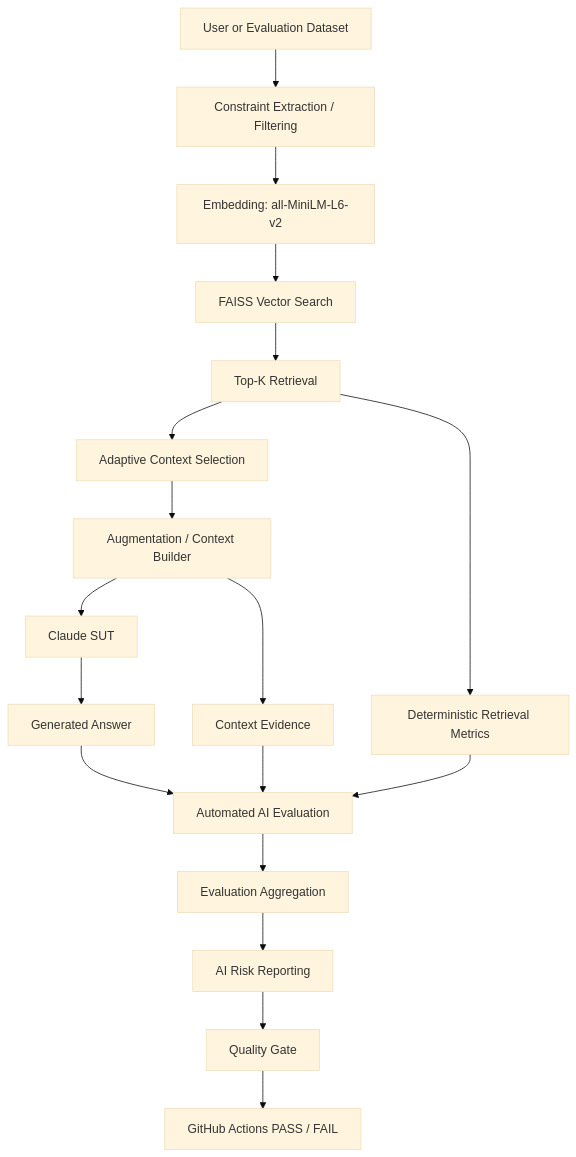
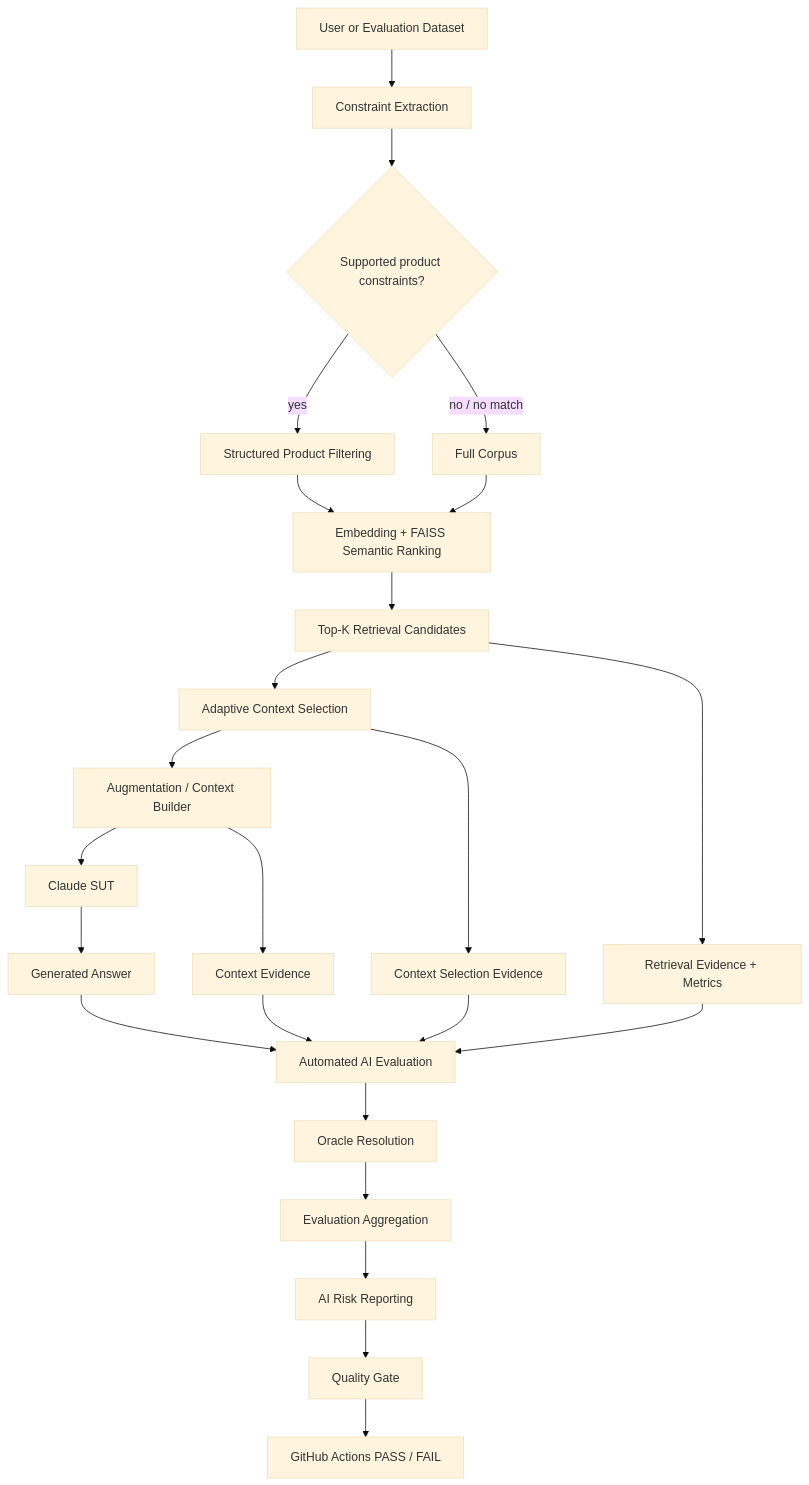
One commit to oleksandrserhieiev-beep/ai-qe-lab changed the first of 5 diagrams in README.md. Above: the diagram before and after it, drawn with Mermaid (base theme). The commit also changed other lines of this file, not shown here.

Commit message:
Align README with implemented adaptive RAG architecture

````diff
--- a/README.md
+++ b/README.md
@@ -25,22 +19,27 @@
 ```mermaid
 flowchart TD
-    A[User or Evaluation Dataset] --> B[Constraint Extraction / Filtering]
-    B --> C[Embedding: all-MiniLM-L6-v2]
-    C --> D[FAISS Vector Search]
-    D --> E[Top-K Retrieval]
-    E --> F[Adaptive Context Selection]
-    F --> G[Augmentation / Context Builder]
-    G --> H[Claude SUT]
-    H --> I[Generated Answer]
+    A[User or Evaluation Dataset] --> B[Constraint Extraction]
+    B --> C{Supported product constraints?}
+    C -->|yes| D[Structured Product Filtering]
+    C -->|no / no match| E[Full Corpus]
+    D --> F[Embedding + FAISS Semantic Ranking]
+    E --> F
+    F --> G[Top-K Retrieval Candidates]
+    G --> H[Adaptive Context Selection]
+    H --> I[Augmentation / Context Builder]
+    I --> J[Claude SUT]
+    J --> K[Generated Answer]
 
-    E --> J[Deterministic Retrieval Metrics]
-    G --> K[Context Evidence]
-    I --> AE[Automated AI Evaluation]
-    K --> AE
-    J --> AE
-
-    AE --> M[Evaluation Aggregation]
-    M --> N[AI Risk Reporting]
-    N --> O[Quality Gate]
-    O --> P[GitHub Actions PASS / FAIL]
+    G --> RM[Retrieval Evidence + Metrics]
+    H --> CS[Context Selection Evidence]
+    I --> CE[Context Evidence]
+    K --> AE[Automated AI Evaluation]
+    RM --> AE
+    CS --> AE
+    CE --> AE
+    AE --> QR[Oracle Resolution]
+    QR --> AGG[Evaluation Aggregation]
+    AGG --> RR[AI Risk Reporting]
+    RR --> QG[Quality Gate]
+    QG --> CI[GitHub Actions PASS / FAIL]
 ```
````
